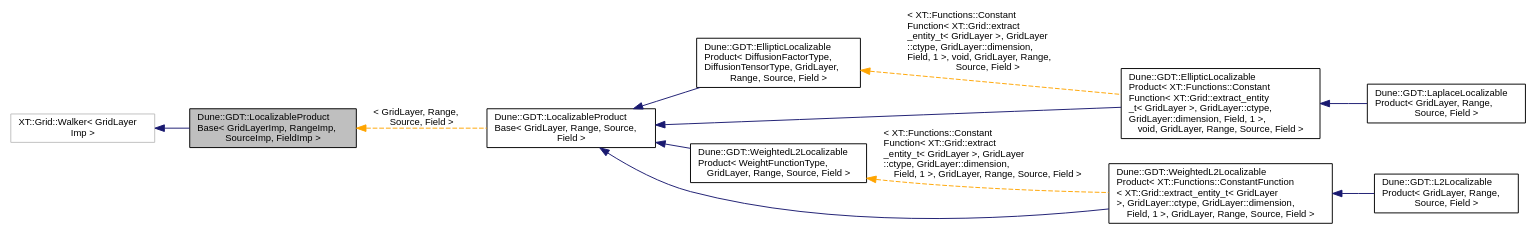
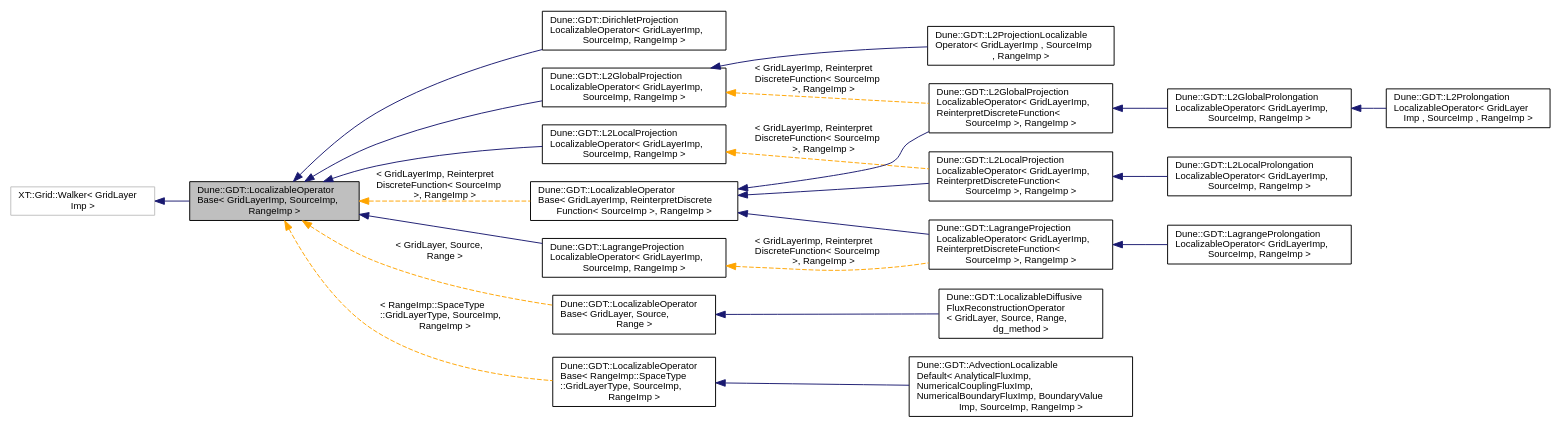
The diagram in docs/dune-gdt/''/a01767.dot (dune-community/dune-community.github.io), drawn with Graphviz before and after one commit. The commit also changed 2442 other files, not shown here.

Commit message:
Updated documentation for dune-gdt ''

```diff
--- a/docs/dune-gdt/''/a01767.dot
+++ b/docs/dune-gdt/''/a01767.dot
@@ -1,25 +1,46 @@
-digraph "Dune::GDT::LocalizableProductBase&lt; GridLayerImp, RangeImp, SourceImp, FieldImp &gt;"
+digraph "Dune::GDT::LocalizableOperatorBase&lt; GridLayerImp, SourceImp, RangeImp &gt;"
 {
   edge [fontname="Helvetica",fontsize="10",labelfontname="Helvetica",labelfontsize="10"];
   node [fontname="Helvetica",fontsize="10",shape=record];
   rankdir="LR";
-  Node0 [label="Dune::GDT::LocalizableProduct\lBase\< GridLayerImp, RangeImp,\l SourceImp, FieldImp \>",height=0.2,width=0.4,color="black", fillcolor="grey75", style="filled", fontcolor="black"];
+  Node0 [label="Dune::GDT::LocalizableOperator\lBase\< GridLayerImp, SourceImp,\l RangeImp \>",height=0.2,width=0.4,color="black", fillcolor="grey75", style="filled", fontcolor="black"];
   Node1 -> Node0 [dir="back",color="midnightblue",fontsize="10",style="solid",fontname="Helvetica"];
   Node1 [label="XT::Grid::Walker\< GridLayer\lImp \>",height=0.2,width=0.4,color="grey75", fillcolor="white", style="filled"];
-  Node0 -> Node2 [dir="back",color="orange",fontsize="10",style="dashed",label=" \< GridLayer, Range,\l Source, Field \>" ,fontname="Helvetica"];
-  Node2 [label="Dune::GDT::LocalizableProduct\lBase\< GridLayer, Range, Source,\l Field \>",height=0.2,width=0.4,color="black", fillcolor="white", style="filled",URL="$a01768.html"];
-  Node2 -> Node3 [dir="back",color="midnightblue",fontsize="10",style="solid",fontname="Helvetica"];
-  Node3 [label="Dune::GDT::EllipticLocalizable\lProduct\< DiffusionFactorType,\l DiffusionTensorType, GridLayer,\l Range, Source, Field \>",height=0.2,width=0.4,color="black", fillcolor="white", style="filled",URL="$a01812.html"];
-  Node3 -> Node4 [dir="back",color="orange",fontsize="10",style="dashed",label=" \< XT::Functions::Constant\lFunction\< XT::Grid::extract\l_entity_t\< GridLayer \>, GridLayer\l::ctype, GridLayer::dimension,\l Field, 1 \>, void, GridLayer, Range,\l Source, Field \>" ,fontname="Helvetica"];
-  Node4 [label="Dune::GDT::EllipticLocalizable\lProduct\< XT::Functions::Constant\lFunction\< XT::Grid::extract_entity\l_t\< GridLayer \>, GridLayer::ctype,\l GridLayer::dimension, Field, 1 \>,\l void, GridLayer, Range, Source, Field \>",height=0.2,width=0.4,color="black", fillcolor="white", style="filled",URL="$a01812.html"];
-  Node4 -> Node5 [dir="back",color="midnightblue",fontsize="10",style="solid",fontname="Helvetica"];
-  Node5 [label="Dune::GDT::LaplaceLocalizable\lProduct\< GridLayer, Range,\l Source, Field \>",height=0.2,width=0.4,color="black", fillcolor="white", style="filled",URL="$a02164.html"];
-  Node2 -> Node6 [dir="back",color="midnightblue",fontsize="10",style="solid",fontname="Helvetica"];
-  Node6 [label="Dune::GDT::WeightedL2Localizable\lProduct\< WeightFunctionType,\l GridLayer, Range, Source, Field \>",height=0.2,width=0.4,color="black", fillcolor="white", style="filled",URL="$a02196.html"];
-  Node6 -> Node7 [dir="back",color="orange",fontsize="10",style="dashed",label=" \< XT::Functions::Constant\lFunction\< XT::Grid::extract\l_entity_t\< GridLayer \>, GridLayer\l::ctype, GridLayer::dimension,\l Field, 1 \>, GridLayer, Range, Source, Field \>" ,fontname="Helvetica"];
-  Node7 [label="Dune::GDT::WeightedL2Localizable\lProduct\< XT::Functions::ConstantFunction\l\< XT::Grid::extract_entity_t\< GridLayer\l \>, GridLayer::ctype, GridLayer::dimension,\l Field, 1 \>, GridLayer, Range, Source, Field \>",height=0.2,width=0.4,color="black", fillcolor="white", style="filled",URL="$a02196.html"];
-  Node7 -> Node8 [dir="back",color="midnightblue",fontsize="10",style="solid",fontname="Helvetica"];
-  Node8 [label="Dune::GDT::L2Localizable\lProduct\< GridLayer, Range,\l Source, Field \>",height=0.2,width=0.4,color="black", fillcolor="white", style="filled",URL="$a02140.html"];
-  Node2 -> Node4 [dir="back",color="midnightblue",fontsize="10",style="solid",fontname="Helvetica"];
-  Node2 -> Node7 [dir="back",color="midnightblue",fontsize="10",style="solid",fontname="Helvetica"];
+  Node0 -> Node2 [dir="back",color="midnightblue",fontsize="10",style="solid",fontname="Helvetica"];
+  Node2 [label="Dune::GDT::DirichletProjection\lLocalizableOperator\< GridLayerImp,\l SourceImp, RangeImp \>",height=0.2,width=0.4,color="black", fillcolor="white", style="filled",URL="$a02260.html"];
+  Node0 -> Node3 [dir="back",color="midnightblue",fontsize="10",style="solid",fontname="Helvetica"];
+  Node3 [label="Dune::GDT::L2GlobalProjection\lLocalizableOperator\< GridLayerImp,\l SourceImp, RangeImp \>",height=0.2,width=0.4,color="black", fillcolor="white", style="filled",URL="$a02272.html"];
+  Node3 -> Node4 [dir="back",color="midnightblue",fontsize="10",style="solid",fontname="Helvetica"];
+  Node4 [label="Dune::GDT::L2ProjectionLocalizable\lOperator\< GridLayerImp , SourceImp\l , RangeImp  \>",height=0.2,width=0.4,color="black", fillcolor="white", style="filled",URL="$a02324.html"];
+  Node3 -> Node5 [dir="back",color="orange",fontsize="10",style="dashed",label=" \< GridLayerImp, Reinterpret\lDiscreteFunction\< SourceImp\l \>, RangeImp \>" ,fontname="Helvetica"];
+  Node5 [label="Dune::GDT::L2GlobalProjection\lLocalizableOperator\< GridLayerImp,\l ReinterpretDiscreteFunction\<\l SourceImp \>, RangeImp \>",height=0.2,width=0.4,color="black", fillcolor="white", style="filled",URL="$a02272.html"];
+  Node5 -> Node6 [dir="back",color="midnightblue",fontsize="10",style="solid",fontname="Helvetica"];
+  Node6 [label="Dune::GDT::L2GlobalProlongation\lLocalizableOperator\< GridLayerImp,\l SourceImp, RangeImp \>",height=0.2,width=0.4,color="black", fillcolor="white", style="filled",URL="$a02356.html"];
+  Node6 -> Node7 [dir="back",color="midnightblue",fontsize="10",style="solid",fontname="Helvetica"];
+  Node7 [label="Dune::GDT::L2Prolongation\lLocalizableOperator\< GridLayer\lImp , SourceImp , RangeImp  \>",height=0.2,width=0.4,color="black", fillcolor="white", style="filled",URL="$a02392.html"];
+  Node0 -> Node8 [dir="back",color="midnightblue",fontsize="10",style="solid",fontname="Helvetica"];
+  Node8 [label="Dune::GDT::L2LocalProjection\lLocalizableOperator\< GridLayerImp,\l SourceImp, RangeImp \>",height=0.2,width=0.4,color="black", fillcolor="white", style="filled",URL="$a02292.html"];
+  Node8 -> Node9 [dir="back",color="orange",fontsize="10",style="dashed",label=" \< GridLayerImp, Reinterpret\lDiscreteFunction\< SourceImp\l \>, RangeImp \>" ,fontname="Helvetica"];
+  Node9 [label="Dune::GDT::L2LocalProjection\lLocalizableOperator\< GridLayerImp,\l ReinterpretDiscreteFunction\<\l SourceImp \>, RangeImp \>",height=0.2,width=0.4,color="black", fillcolor="white", style="filled",URL="$a02292.html"];
+  Node9 -> Node10 [dir="back",color="midnightblue",fontsize="10",style="solid",fontname="Helvetica"];
+  Node10 [label="Dune::GDT::L2LocalProlongation\lLocalizableOperator\< GridLayerImp,\l SourceImp, RangeImp \>",height=0.2,width=0.4,color="black", fillcolor="white", style="filled",URL="$a02368.html",tooltip="Carries out a prolongation (in a localized manner) using a local L2 projection. "];
+  Node0 -> Node11 [dir="back",color="midnightblue",fontsize="10",style="solid",fontname="Helvetica"];
+  Node11 [label="Dune::GDT::LagrangeProjection\lLocalizableOperator\< GridLayerImp,\l SourceImp, RangeImp \>",height=0.2,width=0.4,color="black", fillcolor="white", style="filled",URL="$a02336.html"];
+  Node11 -> Node12 [dir="back",color="orange",fontsize="10",style="dashed",label=" \< GridLayerImp, Reinterpret\lDiscreteFunction\< SourceImp\l \>, RangeImp \>" ,fontname="Helvetica"];
+  Node12 [label="Dune::GDT::LagrangeProjection\lLocalizableOperator\< GridLayerImp,\l ReinterpretDiscreteFunction\<\l SourceImp \>, RangeImp \>",height=0.2,width=0.4,color="black", fillcolor="white", style="filled",URL="$a02336.html"];
+  Node12 -> Node13 [dir="back",color="midnightblue",fontsize="10",style="solid",fontname="Helvetica"];
+  Node13 [label="Dune::GDT::LagrangeProlongation\lLocalizableOperator\< GridLayerImp,\l SourceImp, RangeImp \>",height=0.2,width=0.4,color="black", fillcolor="white", style="filled",URL="$a02412.html",tooltip="Carries out a prolongation (in a localized manner) using a lagrange projection. "];
+  Node0 -> Node14 [dir="back",color="orange",fontsize="10",style="dashed",label=" \< GridLayer, Source,\l Range \>" ,fontname="Helvetica"];
+  Node14 [label="Dune::GDT::LocalizableOperator\lBase\< GridLayer, Source,\l Range \>",height=0.2,width=0.4,color="black", fillcolor="white", style="filled",URL="$a01768.html"];
+  Node14 -> Node15 [dir="back",color="midnightblue",fontsize="10",style="solid",fontname="Helvetica"];
+  Node15 [label="Dune::GDT::LocalizableDiffusive\lFluxReconstructionOperator\l\< GridLayer, Source, Range,\l dg_method \>",height=0.2,width=0.4,color="black", fillcolor="white", style="filled",URL="$a01812.html"];
+  Node0 -> Node16 [dir="back",color="orange",fontsize="10",style="dashed",label=" \< GridLayerImp, Reinterpret\lDiscreteFunction\< SourceImp\l \>, RangeImp \>" ,fontname="Helvetica"];
+  Node16 [label="Dune::GDT::LocalizableOperator\lBase\< GridLayerImp, ReinterpretDiscrete\lFunction\< SourceImp \>, RangeImp \>",height=0.2,width=0.4,color="black", fillcolor="white", style="filled",URL="$a01768.html"];
+  Node16 -> Node5 [dir="back",color="midnightblue",fontsize="10",style="solid",fontname="Helvetica"];
+  Node16 -> Node9 [dir="back",color="midnightblue",fontsize="10",style="solid",fontname="Helvetica"];
+  Node16 -> Node12 [dir="back",color="midnightblue",fontsize="10",style="solid",fontname="Helvetica"];
+  Node0 -> Node17 [dir="back",color="orange",fontsize="10",style="dashed",label=" \< RangeImp::SpaceType\l::GridLayerType, SourceImp,\l RangeImp \>" ,fontname="Helvetica"];
+  Node17 [label="Dune::GDT::LocalizableOperator\lBase\< RangeImp::SpaceType\l::GridLayerType, SourceImp,\l RangeImp \>",height=0.2,width=0.4,color="black", fillcolor="white", style="filled",URL="$a01768.html"];
+  Node17 -> Node18 [dir="back",color="midnightblue",fontsize="10",style="solid",fontname="Helvetica"];
+  Node18 [label="Dune::GDT::AdvectionLocalizable\lDefault\< AnalyticalFluxImp,\l NumericalCouplingFluxImp,\l NumericalBoundaryFluxImp, BoundaryValue\lImp, SourceImp, RangeImp \>",height=0.2,width=0.4,color="black", fillcolor="white", style="filled",URL="$a01828.html"];
 }
```
